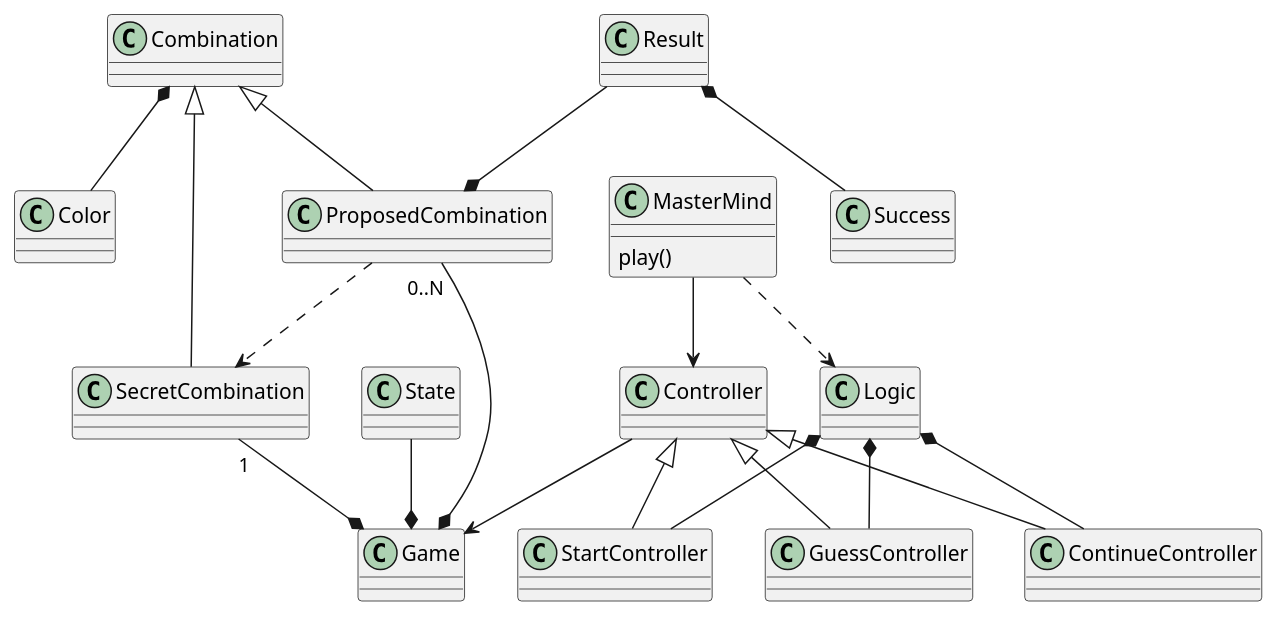
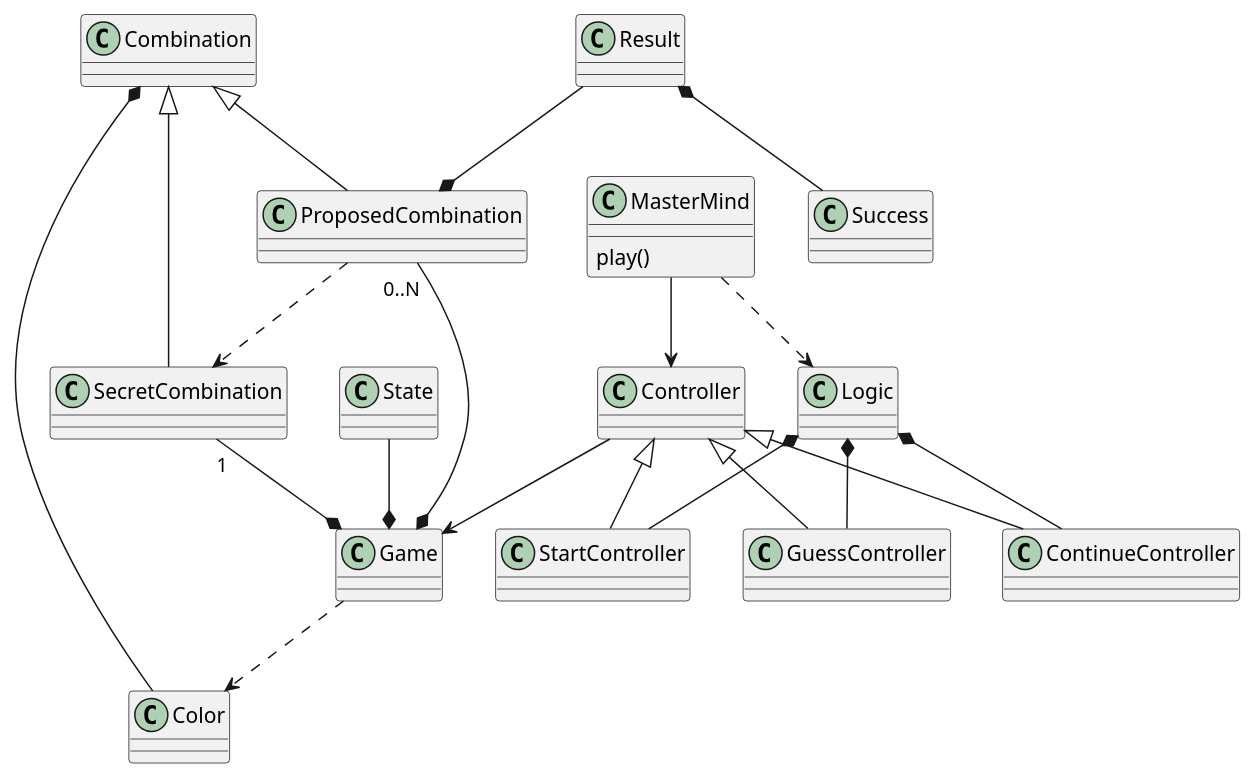
One commit to hombrenieve/brainlord changed the diagram in brainlord/analysis/MasterMind.puml. Above: the diagram before and after it, drawn with PlantUML. The commit also changed 9 other files, not shown here.

```diff
--- a/brainlord/analysis/MasterMind.puml
+++ b/brainlord/analysis/MasterMind.puml
@@ -1,28 +1,29 @@
 @startuml
 
 class MasterMind {
 	play()
 }
 
 SecretCombination "1" --* Game
 ProposedCombination "0..N" --* Game
 State --* Game
+Game ..> Color
 ProposedCombination ..> SecretCombination
 Combination <|-- SecretCombination
 Combination <|-- ProposedCombination
 Combination *-- Color
 Result --* ProposedCombination
 Result *-- Success
 
 Controller <|-- StartController
 Controller <|-- GuessController
 Controller <|-- ContinueController
 Controller --> Game
 Logic *-- StartController
 Logic *-- GuessController
 Logic *-- ContinueController
 
 MasterMind ..> Logic
 MasterMind --> Controller
 
 @enduml
```
